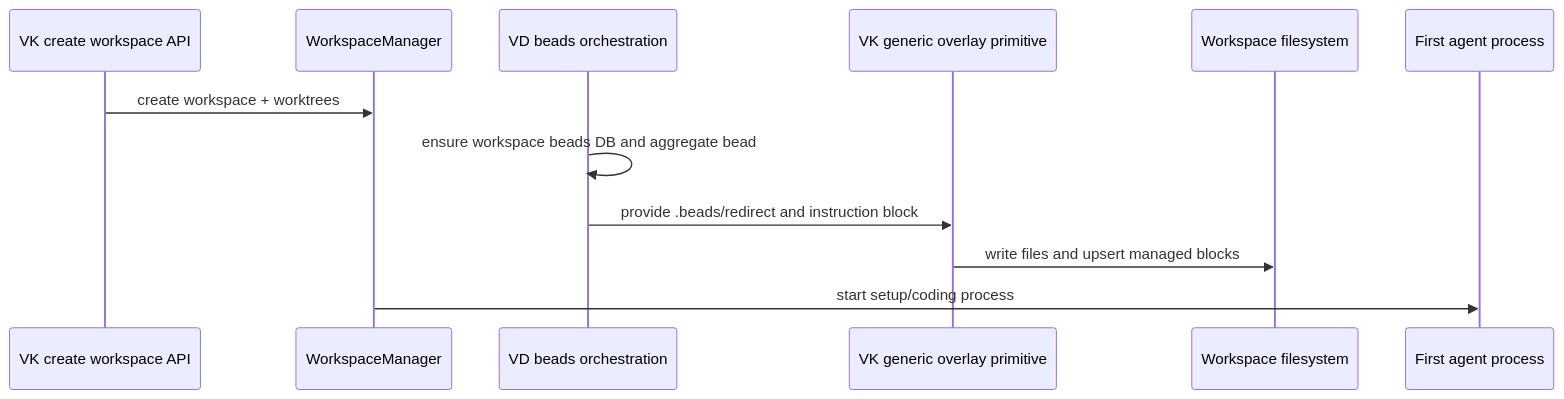
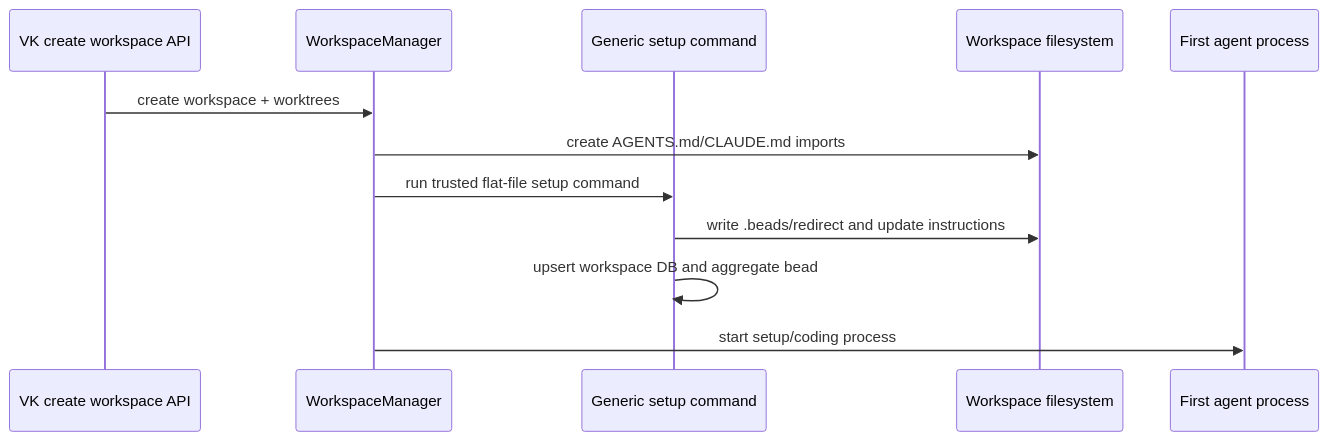
The second of 3 diagrams in notes/BEADS-PER-WORKSPACE-IMPLEMENTATION-PLAN.md (vibe-dashboard/vibe-dashboard), drawn with Mermaid before and after one commit. The commit also changed other lines of this file and 13 other files, not shown here.

Commit message:
fix: complete workspace beads lifecycle setup

````diff
--- a/notes/BEADS-PER-WORKSPACE-IMPLEMENTATION-PLAN.md
+++ b/notes/BEADS-PER-WORKSPACE-IMPLEMENTATION-PLAN.md
@@ -64,15 +64,15 @@
 ```mermaid
 sequenceDiagram
   participant API as VK create workspace API
   participant WM as WorkspaceManager
-  participant VD as VD beads orchestration
-  participant Overlay as VK generic overlay primitive
+  participant Setup as Generic setup command
   participant FS as Workspace filesystem
   participant Agent as First agent process
 
   API->>WM: create workspace + worktrees
-  VD->>VD: ensure workspace beads DB and aggregate bead
-  VD->>Overlay: provide .beads/redirect and instruction block
-  Overlay->>FS: write files and upsert managed blocks
+  WM->>FS: create AGENTS.md/CLAUDE.md imports
+  WM->>Setup: run trusted flat-file setup command
+  Setup->>FS: write .beads/redirect and update instructions
+  Setup->>Setup: upsert workspace DB and aggregate bead
   WM->>Agent: start setup/coding process
 ```
````
